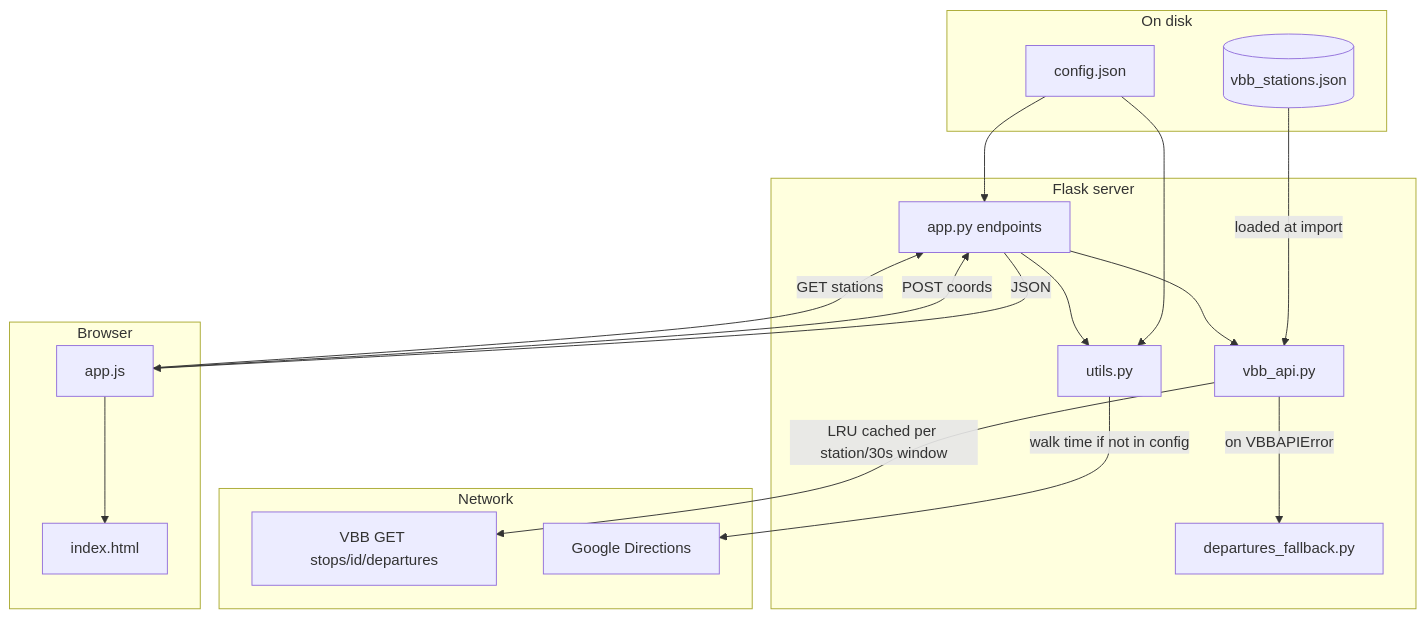
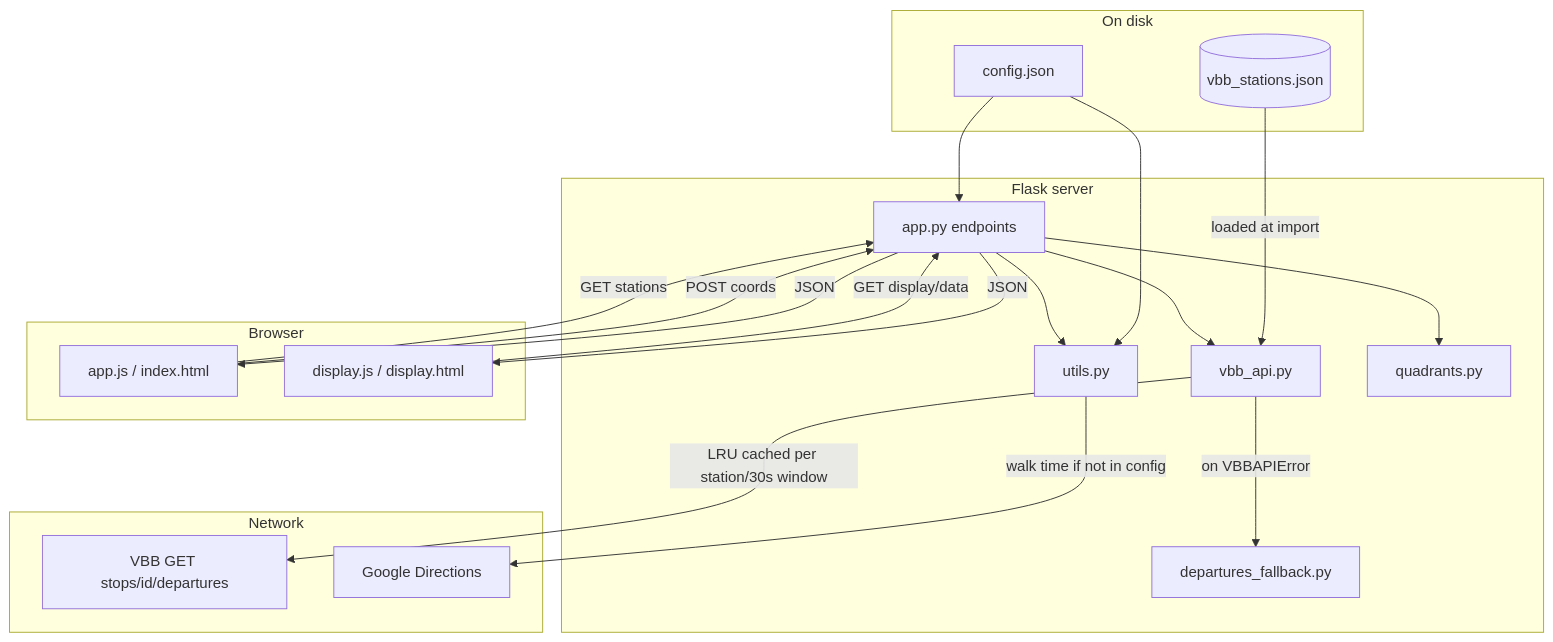
Before and after one commit to momonala/trainspotter: the second of 3 diagrams in README.md, drawn with Mermaid. The commit also changed other lines of this file and 15 other files, not shown here.

First line of the commit message:
feat(display): replace e-ink PNG endpoint with iPad landscape display page : e9e1b5d add eink arduino code pick 84539ab try rendering with an image

````diff
--- a/README.md
+++ b/README.md
@@ -72,37 +70,40 @@
 ```mermaid
 flowchart TB
   subgraph disk [On disk]
     Config[config.json]
     Snapshot[(vbb_stations.json)]
   end
 
   subgraph server [Flask server]
     Api[app.py endpoints]
     VbbMod[vbb_api.py]
     Utils[utils.py]
+    Quadrants[quadrants.py]
     Fallback[departures_fallback.py]
   end
 
   subgraph external [Network]
     VBBdep[VBB GET stops/id/departures]
     GMaps[Google Directions]
   end
 
   subgraph client [Browser]
-    Js[app.js]
-    Page[index.html]
+    Dashboard[app.js / index.html]
+    Display[display.js / display.html]
   end
 
   Config --> Api
   Config --> Utils
   Snapshot -->|loaded at import| VbbMod
-  Js -->|POST coords| Api
-  Js -->|GET stations| Api
+  Dashboard -->|POST coords| Api
+  Dashboard -->|GET stations| Api
+  Display -->|GET display/data| Api
   Api --> VbbMod
   Api --> Utils
+  Api --> Quadrants
   VbbMod -->|LRU cached per station/30s window| VBBdep
   VbbMod -->|on VBBAPIError| Fallback
   Utils -->|walk time if not in config| GMaps
-  Api -->|JSON| Js
-  Js --> Page
+  Api -->|JSON| Dashboard
+  Api -->|JSON| Display
 ```
````
